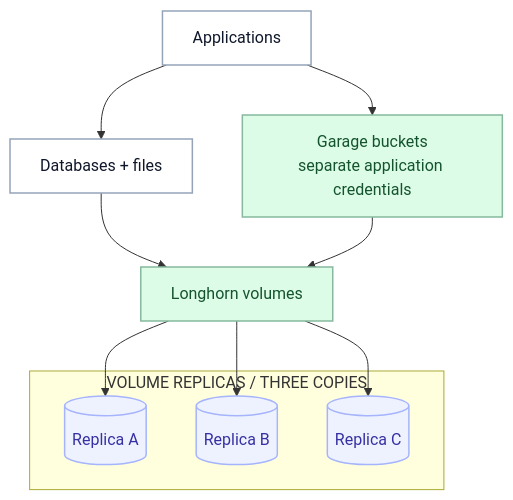
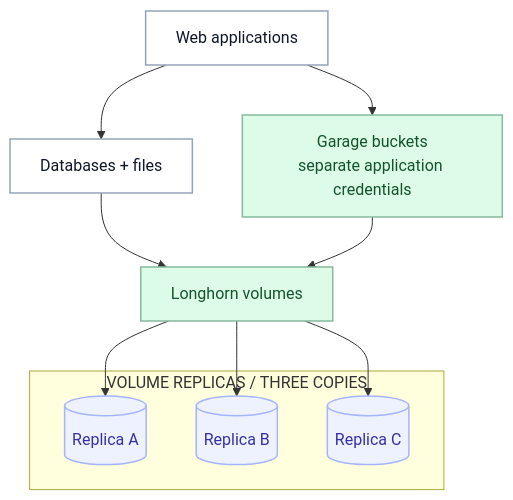
The diagram in docs/diagrams/vertex/en-storage.mmd (Paul1404/astro-portfolio), drawn with Mermaid before and after one commit. The commit also changed 20 other files, not shown here.

Commit message:
Document the Stalwart migration and shared mail architecture on Vertex

```diff
--- a/docs/diagrams/vertex/en-storage.mmd
+++ b/docs/diagrams/vertex/en-storage.mmd
@@ -1,20 +1,20 @@
 flowchart TB
-  accTitle: Persistent data on Vertex
-  accDescr: Applications use databases and files on Longhorn volumes, and some use S3-compatible Garage buckets. Garage data also resides on Longhorn. Longhorn keeps three volume replicas on cluster nodes.
-  Apps["Applications"]:::workload
+  accTitle: Web application data on Vertex
+  accDescr: Web applications use databases and files on Longhorn volumes, and some use S3-compatible Garage buckets. Garage data also resides on Longhorn. Longhorn keeps three volume replicas on cluster nodes.
+  Apps["Web applications"]:::workload
   DB["Databases + files"]:::workload
   Obj["Garage buckets<br/>separate application credentials"]:::storage
   Vol["Longhorn volumes"]:::storage
   subgraph copies["VOLUME REPLICAS / THREE COPIES"]
     A[("Replica A")]:::copy
     B[("Replica B")]:::copy
     C[("Replica C")]:::copy
   end
   Apps --> DB --> Vol
   Apps --> Obj --> Vol
   Vol --> A
   Vol --> B
   Vol --> C
   classDef workload fill:#ffffff,stroke:#94a3b8,color:#0f172a,stroke-width:1.5px
   classDef storage fill:#dcfce7,stroke:#86b99e,color:#14532d,stroke-width:1.5px
   classDef copy fill:#eef2ff,stroke:#a5b4fc,color:#3730a3,stroke-width:1.5px
```
